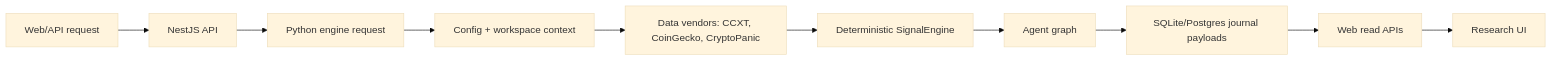
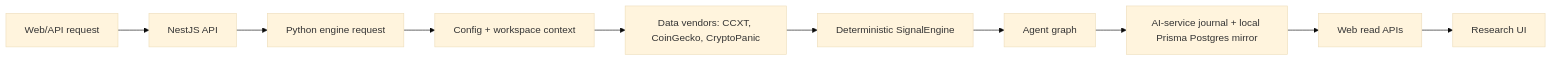
Before and after one commit to Lunamoon-dot/AI-Crypto-Research-Workstation: the first of 6 diagrams in Workflow.md, drawn with Mermaid (base theme). The commit also changed other lines of this file and 52 other files, not shown here.

Commit message:
Add local Prisma Postgres support and roadmap updates

````diff
--- a/Workflow.md
+++ b/Workflow.md
@@ -10,12 +10,12 @@
 ```mermaid
 flowchart LR
     Web["Web/API request"] --> API["NestJS API"]
     API --> Engine["Python engine request"]
     Engine --> Config["Config + workspace context"]
     Config --> Vendors["Data vendors: CCXT, CoinGecko, CryptoPanic"]
     Vendors --> Signals["Deterministic SignalEngine"]
     Signals --> Graph["Agent graph"]
-    Graph --> Journal["SQLite/Postgres journal payloads"]
+    Graph --> Journal["AI-service journal + local Prisma Postgres mirror"]
     Journal --> ReadAPI["Web read APIs"]
     ReadAPI --> UI["Research UI"]
 ```
````
